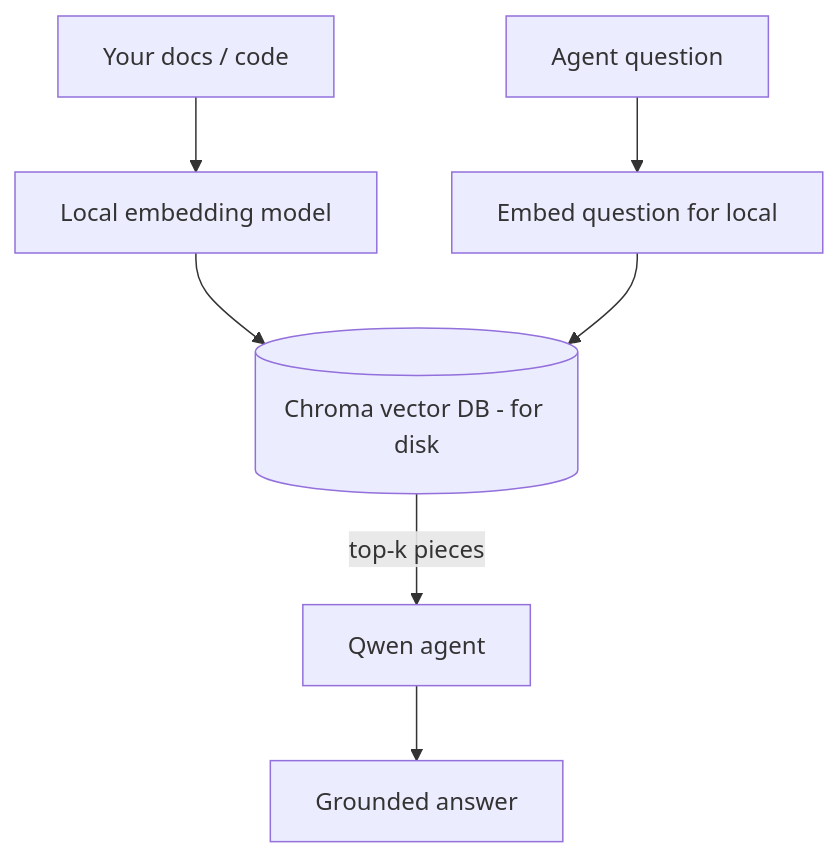
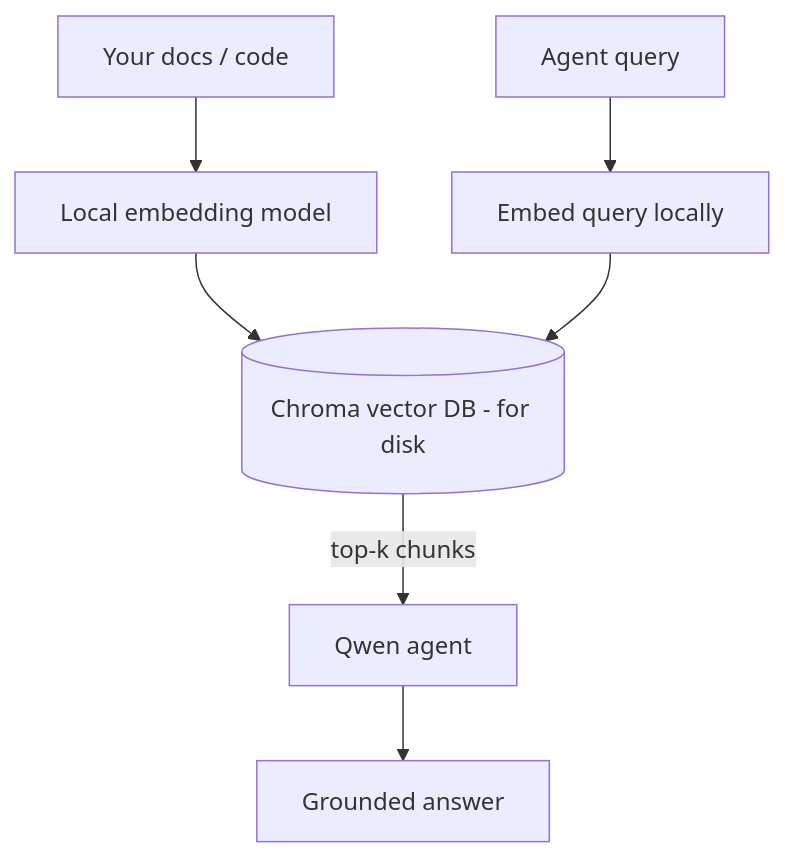
The third of 4 diagrams in translations/pcm/17-creating-local-ai-agents/README.md (microsoft/ai-agents-for-beginners), drawn with Mermaid before and after one commit. The commit also changed other lines of this file and 46 other files, not shown here.

````diff
--- a/translations/pcm/17-creating-local-ai-agents/README.md
+++ b/translations/pcm/17-creating-local-ai-agents/README.md
@@ -125,9 +125,9 @@
 ```mermaid
 flowchart TB
     D[Your docs / code] --> E[Local embedding model]
     E --> V[(Chroma vector DB - for disk)]
-    Q[Agent question] --> QE[Embed question for local]
+    Q[Agent query] --> QE[Embed query locally]
     QE --> V
-    V -->|top-k pieces| A[Qwen agent]
+    V -->|top-k chunks| A[Qwen agent]
     A --> Ans[Grounded answer]
 ```
````
